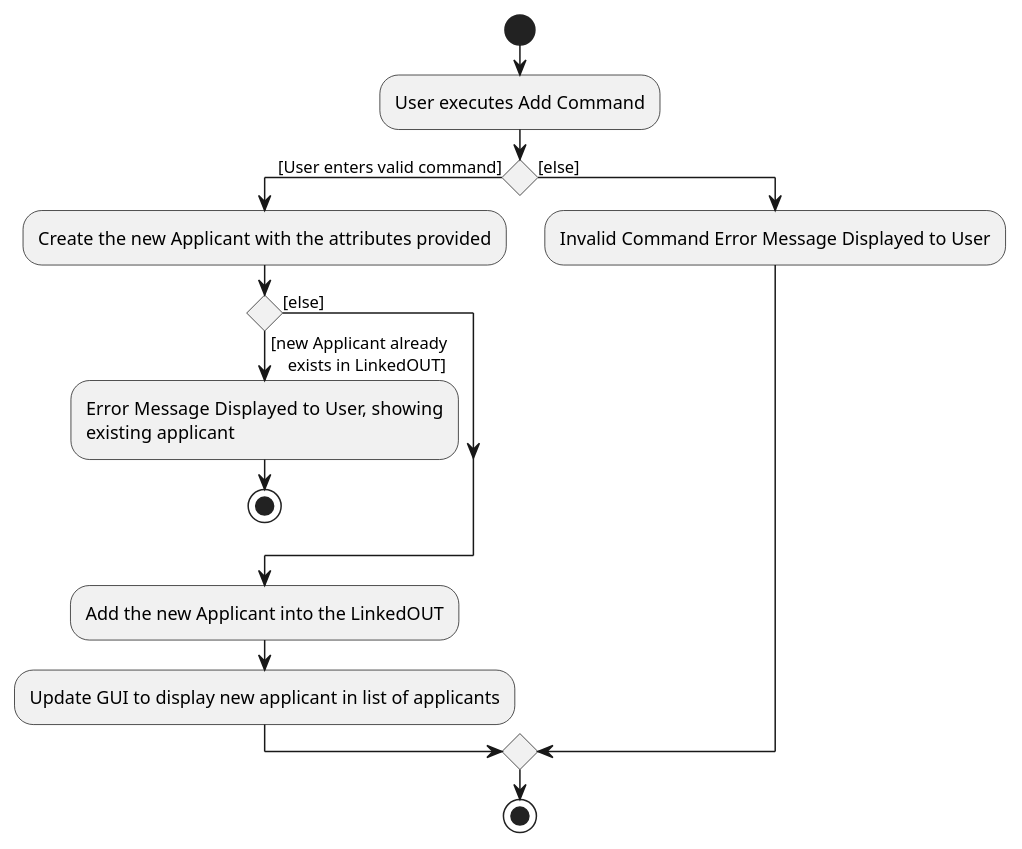
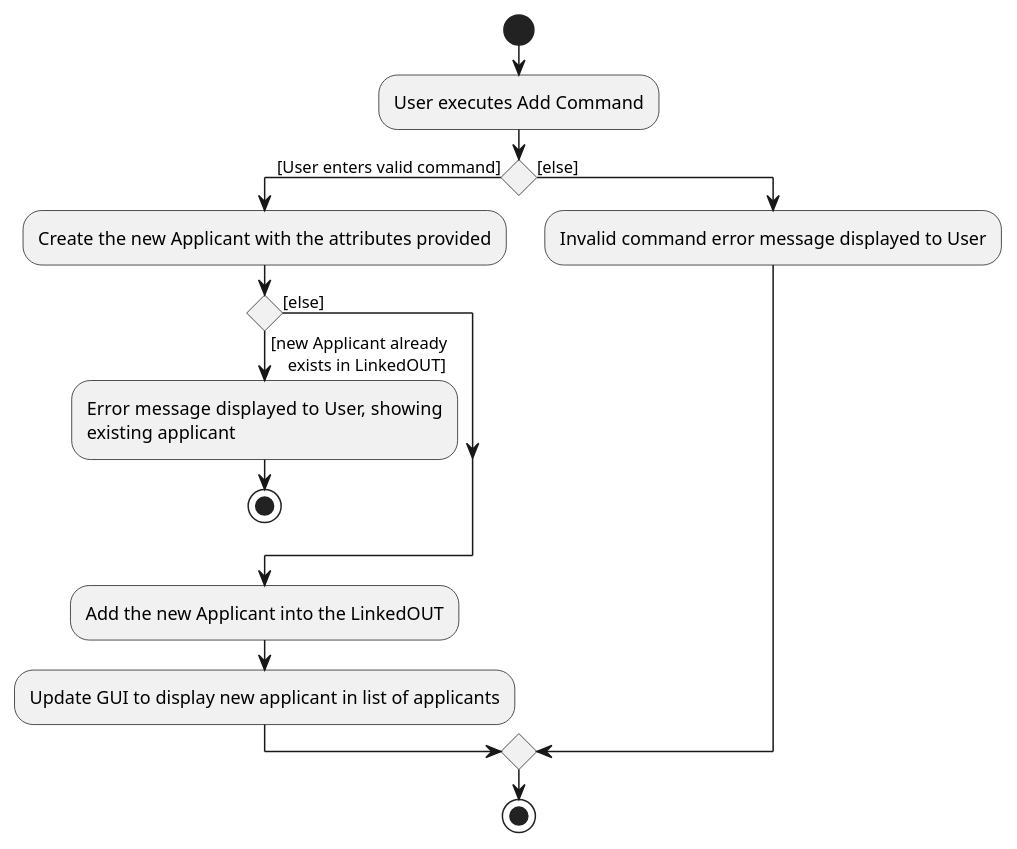
The diagram in docs/diagrams/AddCommandActivityDiagram.puml (zzhikai/tp), drawn with PlantUML before and after one commit. The commit also changed 3 other files, not shown here.

Commit message:
- Update diagrams as directed by team lead

```diff
--- a/docs/diagrams/AddCommandActivityDiagram.puml
+++ b/docs/diagrams/AddCommandActivityDiagram.puml
@@ -1,30 +1,30 @@
 @startuml
 start
 :User executes Add Command;
 
 
 if () then ([User enters valid command])
 
     :Create the new Applicant with the attributes provided;
 
     if () then ([new Applicant already
     exists in LinkedOUT])
 
-        :Error Message Displayed to User, showing
+        :Error message displayed to User, showing
         existing applicant;
 
         stop
 
     else ([else])
     endif
 
     :Add the new Applicant into the LinkedOUT;
 
     :Update GUI to display new applicant in list of applicants;
 else ([else])
 
-:Invalid Command Error Message Displayed to User;
+:Invalid command error message displayed to User;
 
 endif
 stop
 @enduml
```
